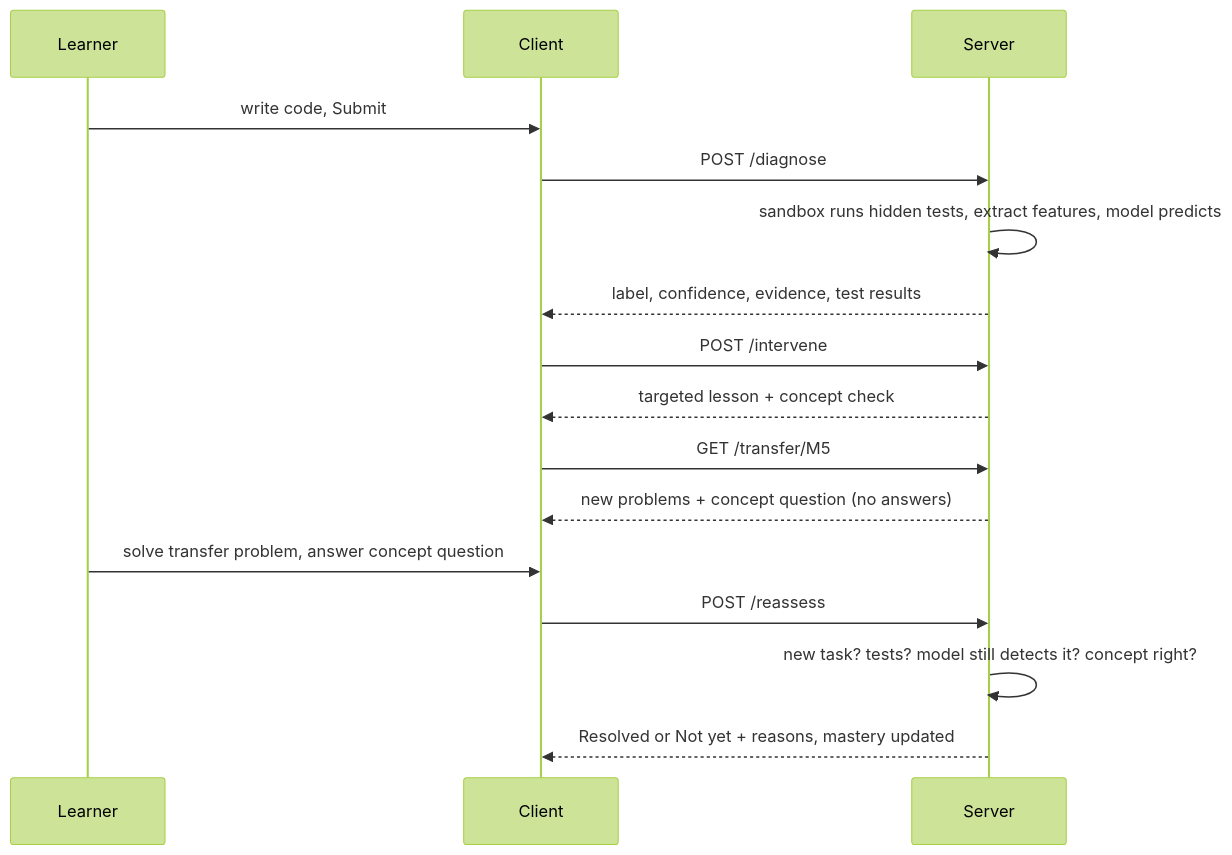
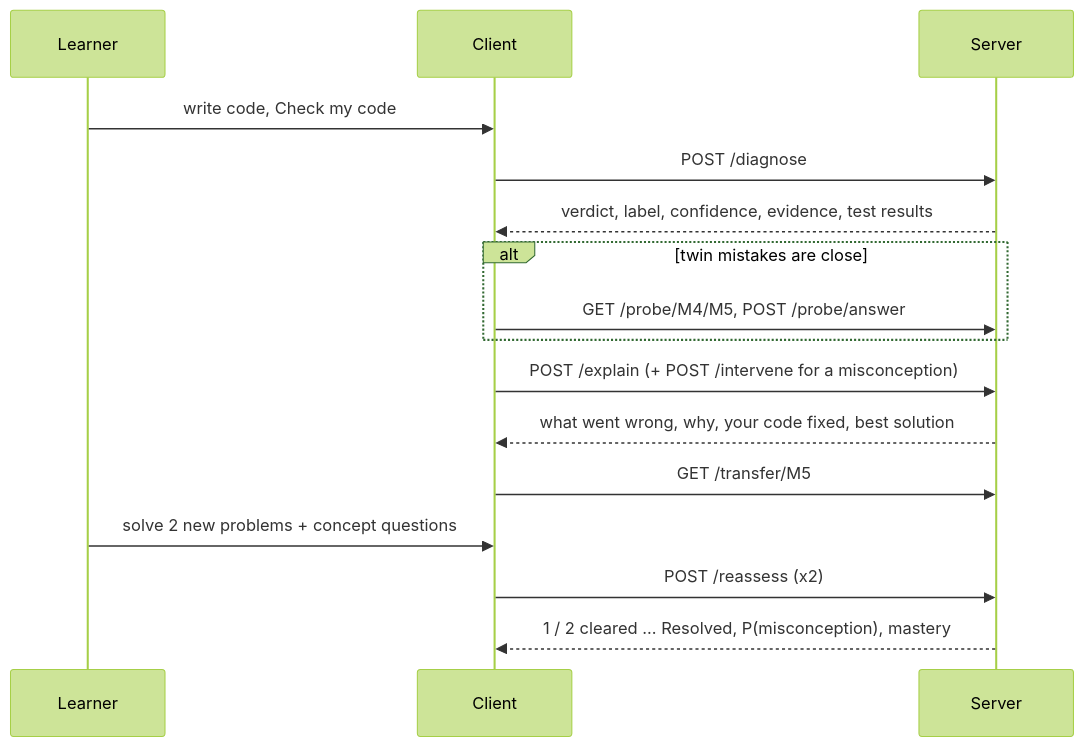
The second of 2 diagrams in README.md (itsjayrane/DaGOATS_maharashtra_round), drawn with Mermaid (forest theme) before and after one commit. The commit also changed other lines of this file and 19 other files, not shown here.

````diff
--- a/README.md
+++ b/README.md
@@ -71,18 +75,18 @@
 ```mermaid
 sequenceDiagram
   participant L as Learner
   participant UI as Client
   participant S as Server
-  L->>UI: write code, Submit
+  L->>UI: write code, Check my code
   UI->>S: POST /diagnose
-  S->>S: sandbox runs hidden tests, extract features, model predicts
-  S-->>UI: label, confidence, evidence, test results
-  UI->>S: POST /intervene
-  S-->>UI: targeted lesson + concept check
+  S-->>UI: verdict, label, confidence, evidence, test results
+  alt twin mistakes are close
+    UI->>S: GET /probe/M4/M5, POST /probe/answer
+  end
+  UI->>S: POST /explain (+ POST /intervene for a misconception)
+  S-->>UI: what went wrong, why, your code fixed, best solution
   UI->>S: GET /transfer/M5
-  S-->>UI: new problems + concept question (no answers)
-  L->>UI: solve transfer problem, answer concept question
-  UI->>S: POST /reassess
-  S->>S: new task? tests? model still detects it? concept right?
-  S-->>UI: Resolved or Not yet + reasons, mastery updated
+  L->>UI: solve 2 new problems + concept questions
+  UI->>S: POST /reassess (x2)
+  S-->>UI: 1 / 2 cleared ... Resolved, P(misconception), mastery
 ```
````
